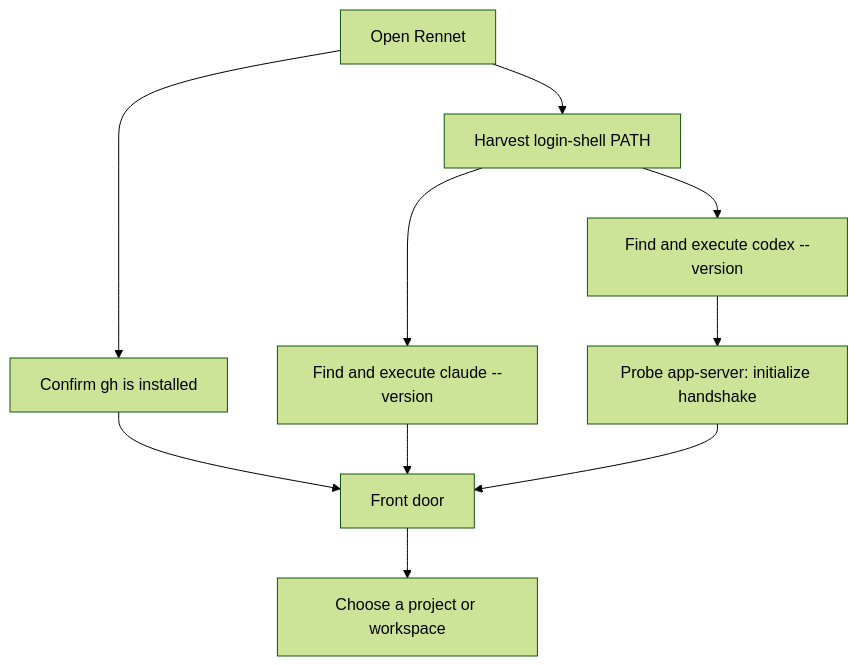
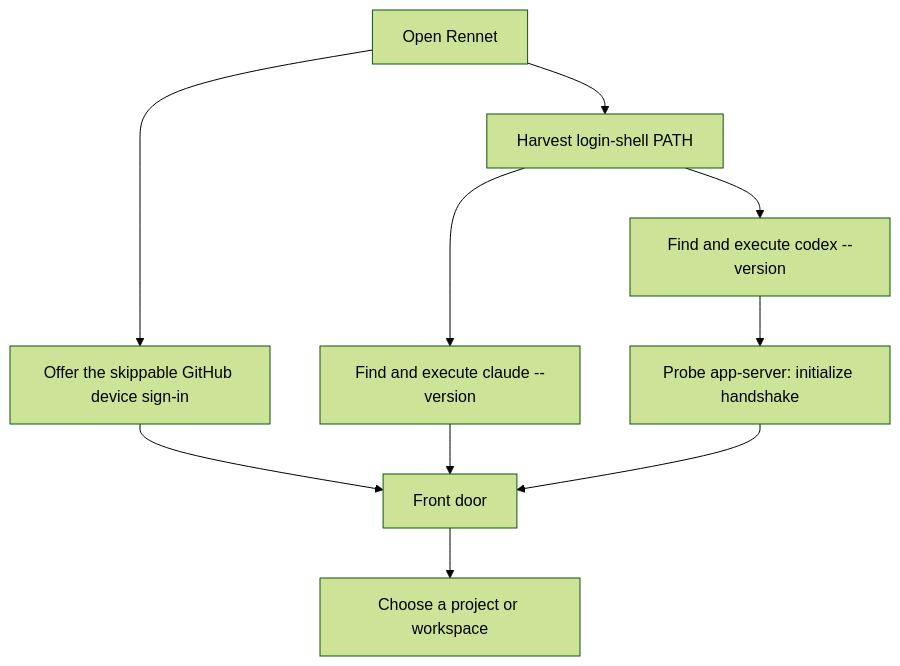
Before and after one commit to rbutera/Rennet: the first of 3 diagrams in docs/src/content/docs/developing/guide/settings-and-setup.md, drawn with Mermaid (forest theme). The commit also changed other lines of this file and 32 other files, not shown here.

````diff
--- a/docs/src/content/docs/developing/guide/settings-and-setup.md
+++ b/docs/src/content/docs/developing/guide/settings-and-setup.md
@@ -27,12 +29,12 @@
 ```mermaid
 flowchart TD
-  start["Open Rennet"] --> github["Confirm gh is installed"]
+  start["Open Rennet"] --> github["Offer the skippable GitHub device sign-in"]
   start --> path["Harvest login-shell PATH"]
   path --> claude["Find and execute claude --version"]
   path --> codex["Find and execute codex --version"]
   codex --> probe["Probe app-server: initialize handshake"]
   github --> ready["Front door"]
   claude --> ready
   probe --> ready
   ready --> choose["Choose a project or workspace"]
 ```
````
